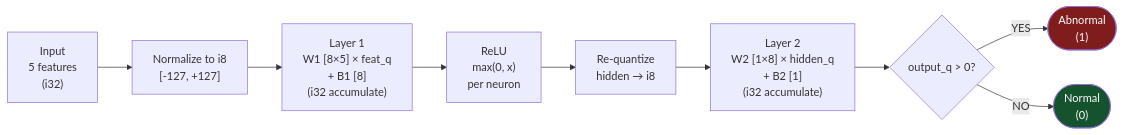
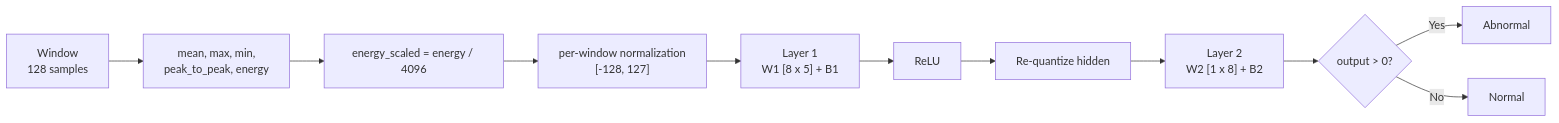
The second of 4 diagrams in Product/docs/flowchart.md (Adji-SP/RT-QTinyECG-ESP32-Rust), drawn with Mermaid before and after one commit. The commit also changed other lines of this file and 47 other files, not shown here.

````diff
--- a/Product/docs/flowchart.md
+++ b/Product/docs/flowchart.md
@@ -94,24 +38,13 @@
 ```mermaid
 flowchart LR
-    In["Input\n5 features\n(i32)"]
-    Norm["Normalize to i8\n[-127, +127]"]
-    L1["Layer 1\nW1 [8×5] × feat_q\n+ B1 [8]\n(i32 accumulate)"]
-    ReLU["ReLU\nmax(0, x)\nper neuron"]
-    ReQ["Re-quantize\nhidden → i8"]
-    L2["Layer 2\nW2 [1×8] × hidden_q\n+ B2 [1]\n(i32 accumulate)"]
-    Dec{"output_q > 0?"}
-    Ab(["Abnormal\n(1)"])
-    No(["Normal\n(0)"])
-
-    In --> Norm
-    Norm --> L1
-    L1 --> ReLU
-    ReLU --> ReQ
-    ReQ --> L2
-    L2 --> Dec
-    Dec -->|"YES"| Ab
-    Dec -->|"NO"| No
-
-    style Ab fill:#7f1d1d,color:#fff
-    style No fill:#14532d,color:#fff
+    A["Window\n128 samples"] --> B["mean, max, min,\npeak_to_peak, energy"]
+    B --> C["energy_scaled = energy / 4096"]
+    C --> D["per-window normalization\n[-128, 127]"]
+    D --> E["Layer 1\nW1 [8 x 5] + B1"]
+    E --> F["ReLU"]
+    F --> G["Re-quantize hidden"]
+    G --> H["Layer 2\nW2 [1 x 8] + B2"]
+    H --> I{"output > 0?"}
+    I -->|"Yes"| J["Abnormal"]
+    I -->|"No"| K["Normal"]
 ```
````
